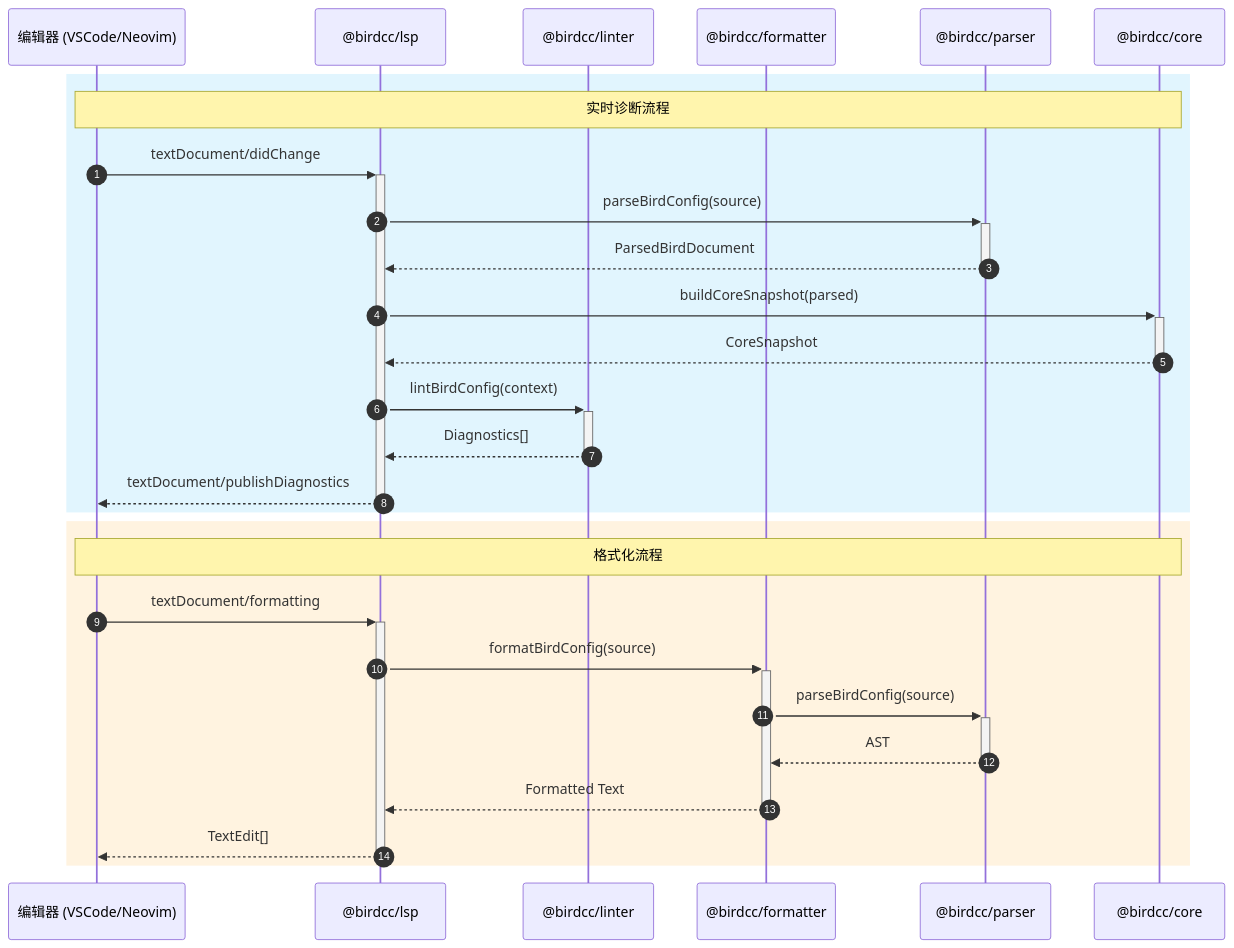
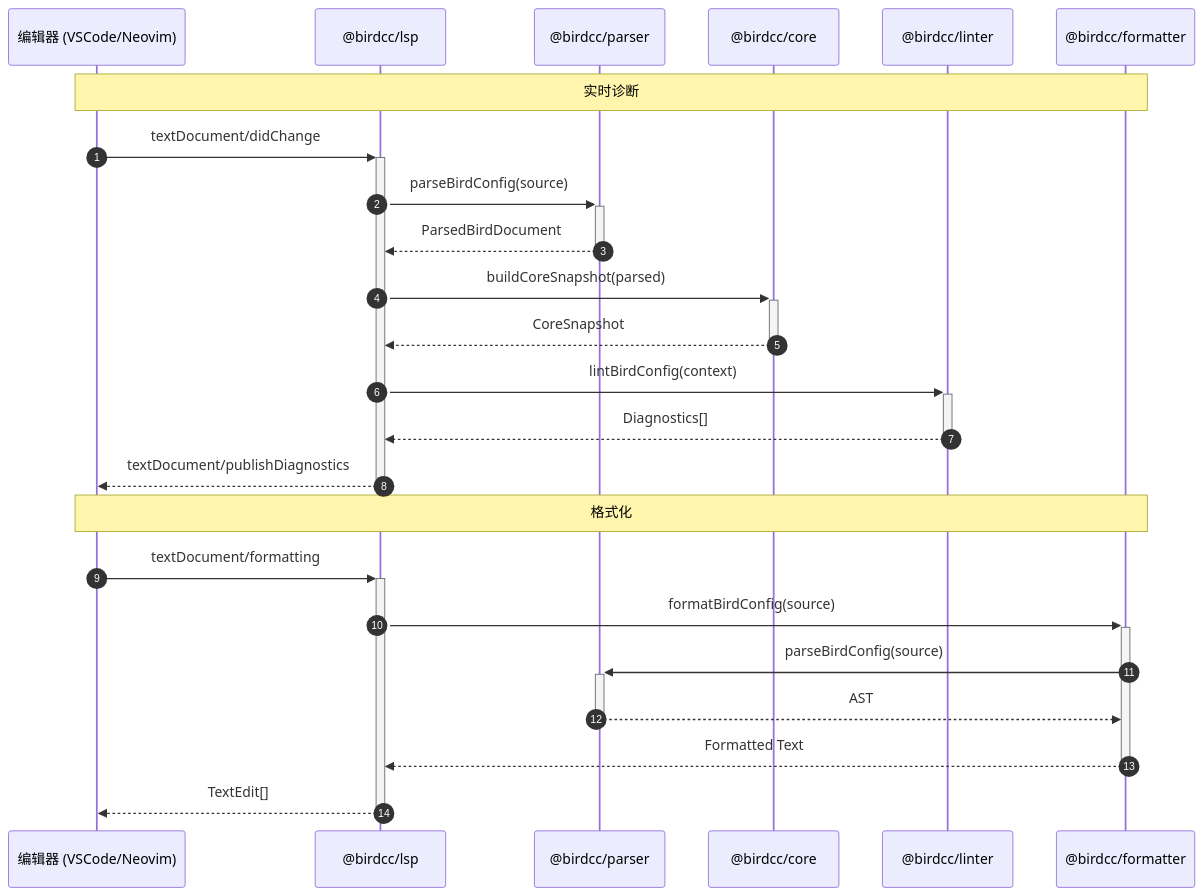
Before and after one commit to bird-chinese-community/BIRD-LSP: the first of 2 diagrams in README.zh.md, drawn with Mermaid. The commit also changed other lines of this file and 5 other files, not shown here.

Commit message:
docs(mermaid): Unify diagram palette and split by layer

````diff
--- a/README.zh.md
+++ b/README.zh.md
@@ -124,32 +124,28 @@
 ```mermaid
 sequenceDiagram
     autonumber
     participant Editor as 编辑器 (VSCode/Neovim)
     participant LSP as @birdcc/lsp
+    participant Parser as @birdcc/parser
+    participant Core as @birdcc/core
     participant Linter as @birdcc/linter
     participant Formatter as @birdcc/formatter
-    participant Parser as @birdcc/parser
-    participant Core as @birdcc/core
 
-    rect rgb(225, 245, 254)
-        Note over Editor,Core: 实时诊断流程
-        Editor->>+LSP: textDocument/didChange
-        LSP->>+Parser: parseBirdConfig(source)
-        Parser-->>-LSP: ParsedBirdDocument
-        LSP->>+Core: buildCoreSnapshot(parsed)
-        Core-->>-LSP: CoreSnapshot
-        LSP->>+Linter: lintBirdConfig(context)
-        Linter-->>-LSP: Diagnostics[]
-        LSP-->>-Editor: textDocument/publishDiagnostics
-    end
+    Note over Editor,Formatter: 实时诊断
+    Editor->>+LSP: textDocument/didChange
+    LSP->>+Parser: parseBirdConfig(source)
+    Parser-->>-LSP: ParsedBirdDocument
+    LSP->>+Core: buildCoreSnapshot(parsed)
+    Core-->>-LSP: CoreSnapshot
+    LSP->>+Linter: lintBirdConfig(context)
+    Linter-->>-LSP: Diagnostics[]
+    LSP-->>-Editor: textDocument/publishDiagnostics
 
-    rect rgb(255, 243, 224)
-        Note over Editor,Core: 格式化流程
-        Editor->>+LSP: textDocument/formatting
-        LSP->>+Formatter: formatBirdConfig(source)
-        Formatter->>+Parser: parseBirdConfig(source)
-        Parser-->>-Formatter: AST
-        Formatter-->>-LSP: Formatted Text
-        LSP-->>-Editor: TextEdit[]
-    end
+    Note over Editor,Formatter: 格式化
+    Editor->>+LSP: textDocument/formatting
+    LSP->>+Formatter: formatBirdConfig(source)
+    Formatter->>+Parser: parseBirdConfig(source)
+    Parser-->>-Formatter: AST
+    Formatter-->>-LSP: Formatted Text
+    LSP-->>-Editor: TextEdit[]
 ```
````
